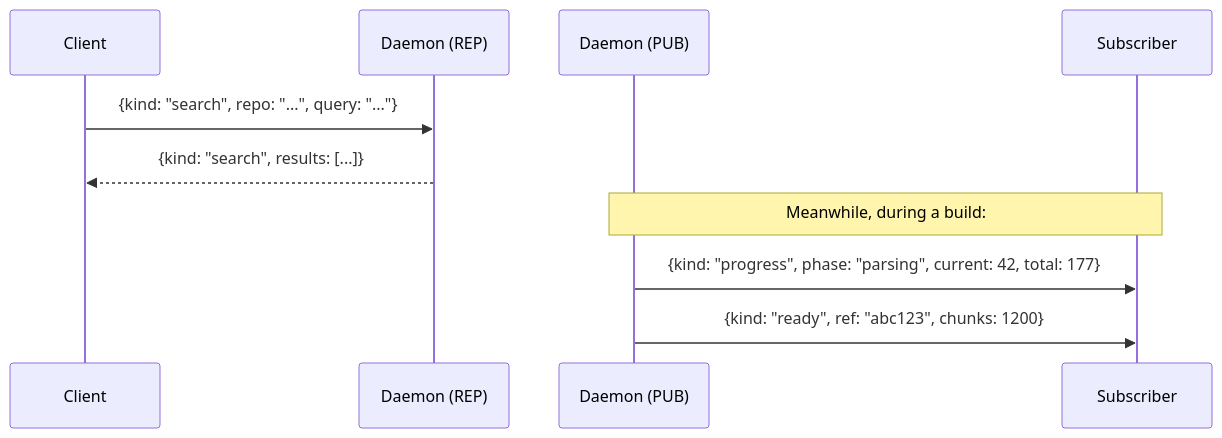
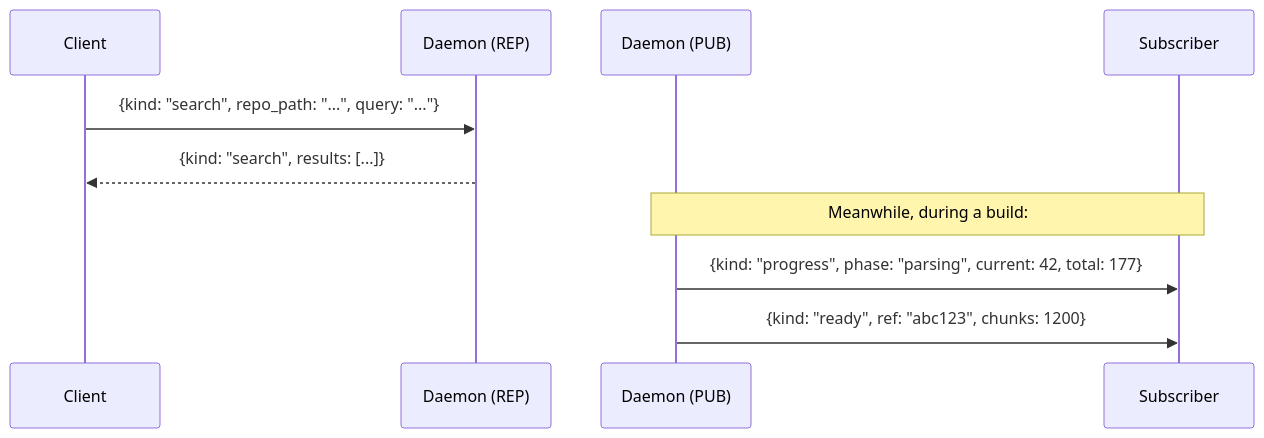
One commit to janrito/rbtr changed the fifth of 5 diagrams in packages/rbtr/ARCHITECTURE.md. Above: the diagram before and after it, drawn with Mermaid. The commit also changed other lines of this file and 1 other file, not shown here.

First line of the commit message:
Refresh rbtr README and ARCHITECTURE docs for content-addressing

````diff
--- a/packages/rbtr/ARCHITECTURE.md
+++ b/packages/rbtr/ARCHITECTURE.md
@@ -565,14 +594,14 @@
 ```mermaid
 sequenceDiagram
     participant C as Client
     participant D as Daemon (REP)
     participant P as Daemon (PUB)
     participant S as Subscriber
 
-    C->>D: {kind: "search", repo: "...", query: "..."}
+    C->>D: {kind: "search", repo_path: "...", query: "..."}
     D-->>C: {kind: "search", results: [...]}
 
     Note over P,S: Meanwhile, during a build:
     P->>S: {kind: "progress", phase: "parsing", current: 42, total: 177}
     P->>S: {kind: "ready", ref: "abc123", chunks: 1200}
 ```
````
